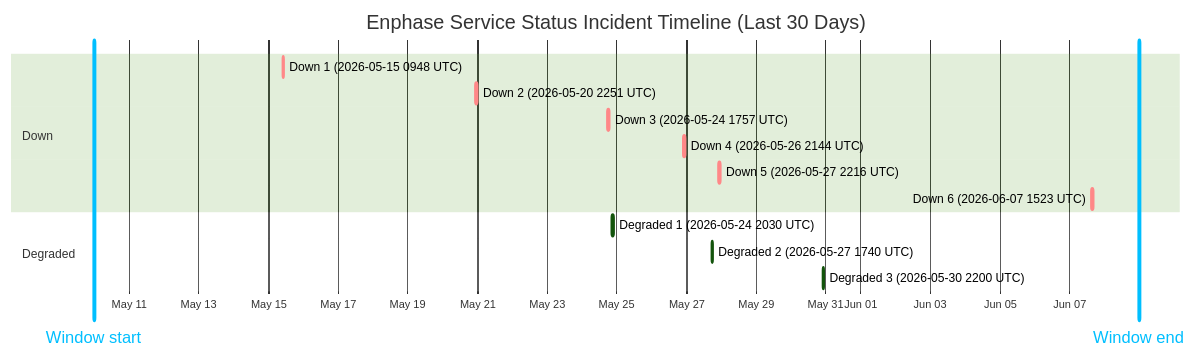
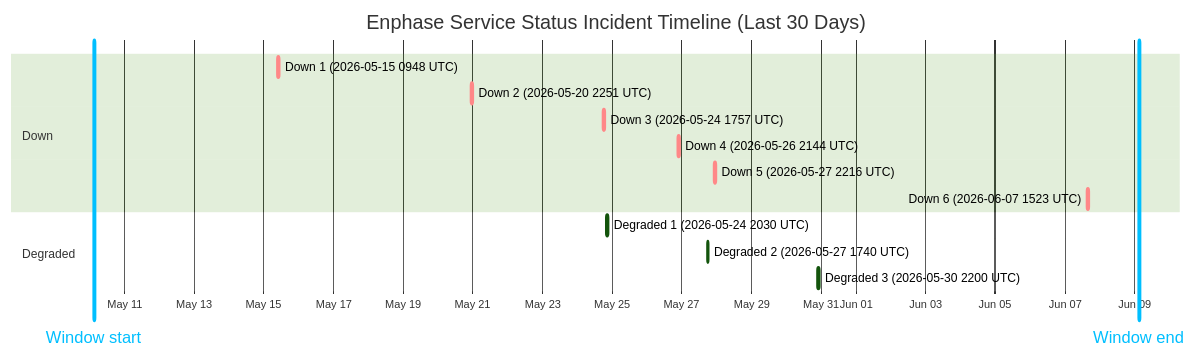
One commit to barneyonline/ha-enphase-energy changed the diagram in wiki/Service-Status-History.md. Above: the diagram before and after it, drawn with Mermaid (forest theme). The commit also changed other lines of this file and 3 other files, not shown here.

````diff
--- a/wiki/Service-Status-History.md
+++ b/wiki/Service-Status-History.md
@@ -14,19 +14,19 @@
 ```mermaid
 gantt
     title Enphase Service Status Incident Timeline (Last 30 Days)
     dateFormat  YYYY-MM-DDTHH:mm:ss
     axisFormat  %b %d
-    Window start :vert, window-start, 2026-05-09T23:45:41, 0ms
-    Window end :vert, window-end, 2026-06-08T23:45:41, 0ms
+    Window start :vert, window-start, 2026-05-10T02:58:21, 0ms
+    Window end :vert, window-end, 2026-06-09T02:58:21, 0ms
     section Down
     Down 1 (2026-05-15 0948 UTC) :crit, down-1, 2026-05-15T09:48:18, 60m
     Down 2 (2026-05-20 2251 UTC) :crit, down-2, 2026-05-20T22:51:14, 75m
     Down 3 (2026-05-24 1757 UTC) :crit, down-3, 2026-05-24T17:57:41, 86m
     Down 4 (2026-05-26 2144 UTC) :crit, down-4, 2026-05-26T21:44:11, 85m
     Down 5 (2026-05-27 2216 UTC) :crit, down-5, 2026-05-27T22:16:53, 87m
     Down 6 (2026-06-07 1523 UTC) :crit, down-6, 2026-06-07T15:23:22, 87m
     section Degraded
     Degraded 1 (2026-05-24 2030 UTC) :active, degraded-1, 2026-05-24T20:30:57, 84m
     Degraded 2 (2026-05-27 1740 UTC) :active, degraded-2, 2026-05-27T17:40:52, 60m
     Degraded 3 (2026-05-30 2200 UTC) :active, degraded-3, 2026-05-30T22:00:37, 60m
 ```
````
